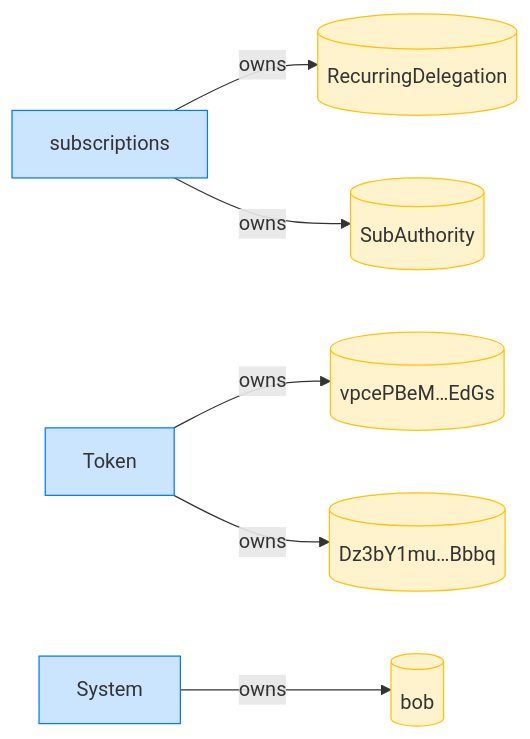
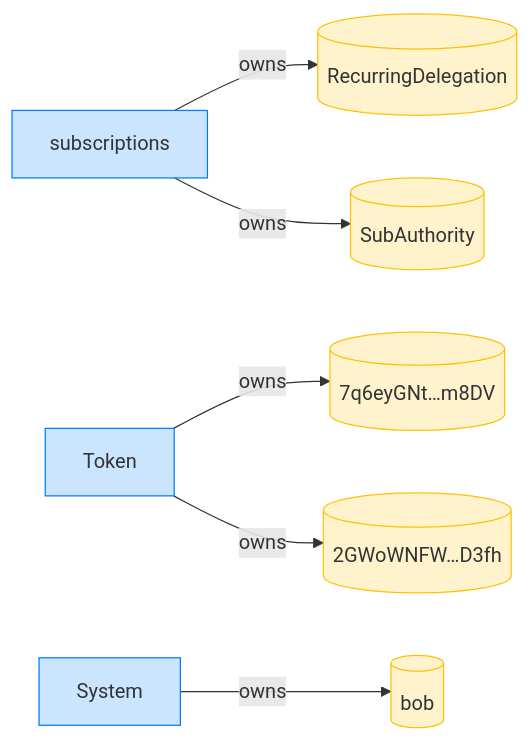
Before and after one commit to cds-rs/subscriptions: diagram 12 of 20 in dsl_tests/recurring-transfer-succeeds-across-pulls-within-a-period.md, drawn with Mermaid. The commit also changed other lines of this file and 224 other files, not shown here.

````diff
--- a/dsl_tests/recurring-transfer-succeeds-across-pulls-within-a-period.md
+++ b/dsl_tests/recurring-transfer-succeeds-across-pulls-within-a-period.md
@@ -237,18 +251,18 @@
 ```mermaid
 flowchart LR
     classDef owner fill:#cce5ff,stroke:#007bff;
     classDef account fill:#fff3cd,stroke:#ffc107;
     subscriptions[subscriptions]:::owner
     RecurringDelegation[(RecurringDelegation)]:::account
     SubAuthority[(SubAuthority)]:::account
     Token[Token]:::owner
-    vpcePBeM_EdGs[("vpcePBeM…EdGs")]:::account
-    Dz3bY1mu_Bbbq[("Dz3bY1mu…Bbbq")]:::account
+    7q6eyGNt_m8DV[("7q6eyGNt…m8DV")]:::account
+    2GWoWNFW_D3fh[("2GWoWNFW…D3fh")]:::account
     System[System]:::owner
     bob[(bob)]:::account
     subscriptions -->|owns| RecurringDelegation
     subscriptions -->|owns| SubAuthority
-    Token -->|owns| vpcePBeM_EdGs
-    Token -->|owns| Dz3bY1mu_Bbbq
+    Token -->|owns| 7q6eyGNt_m8DV
+    Token -->|owns| 2GWoWNFW_D3fh
     System -->|owns| bob
 ```
````
